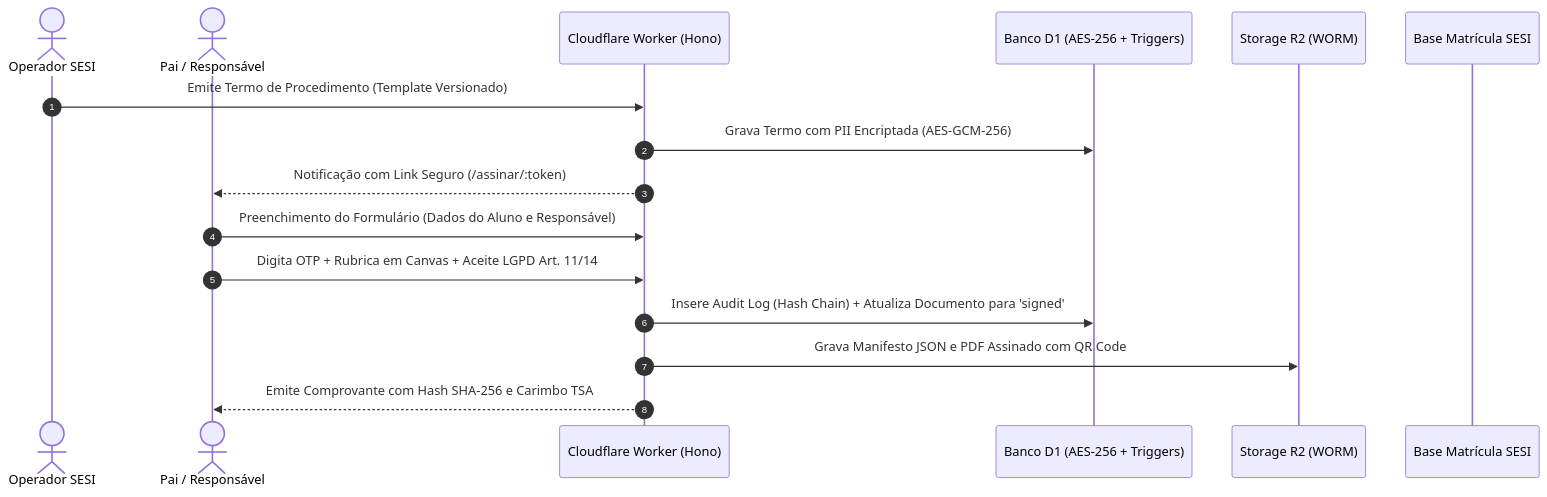
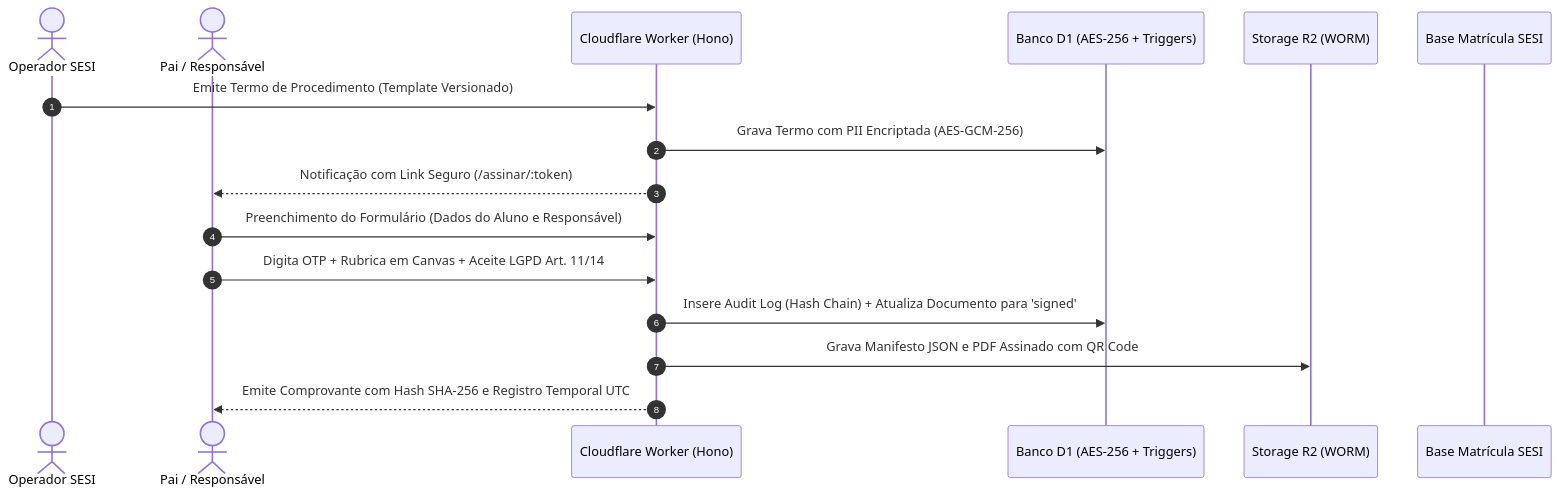
Before and after one commit to madebycotrim/Catraki---SESI: the diagram in docs/ripd.md, drawn with Mermaid. The commit also changed other lines of this file and 8 other files, not shown here.

````diff
--- a/docs/ripd.md
+++ b/docs/ripd.md
@@ -41,19 +41,19 @@
 ```mermaid
 sequenceDiagram
     autonumber
     actor Admin as Operador SESI
     actor Resp as Pai / Responsável
     participant Worker as Cloudflare Worker (Hono)
     participant D1 as Banco D1 (AES-256 + Triggers)
     participant R2 as Storage R2 (WORM)
     participant SESI_DB as Base Matrícula SESI
 
     Admin->>Worker: Emite Termo de Procedimento (Template Versionado)
     Worker->>D1: Grava Termo com PII Encriptada (AES-GCM-256)
     Worker-->>Resp: Notificação com Link Seguro (/assinar/:token)
     Resp->>Worker: Preenchimento do Formulário (Dados do Aluno e Responsável)
     Resp->>Worker: Digita OTP + Rubrica em Canvas + Aceite LGPD Art. 11/14
     Worker->>D1: Insere Audit Log (Hash Chain) + Atualiza Documento para 'signed'
     Worker->>R2: Grava Manifesto JSON e PDF Assinado com QR Code
-    Worker-->>Resp: Emite Comprovante com Hash SHA-256 e Carimbo TSA
+    Worker-->>Resp: Emite Comprovante com Hash SHA-256 e Registro Temporal UTC
 ```
````
